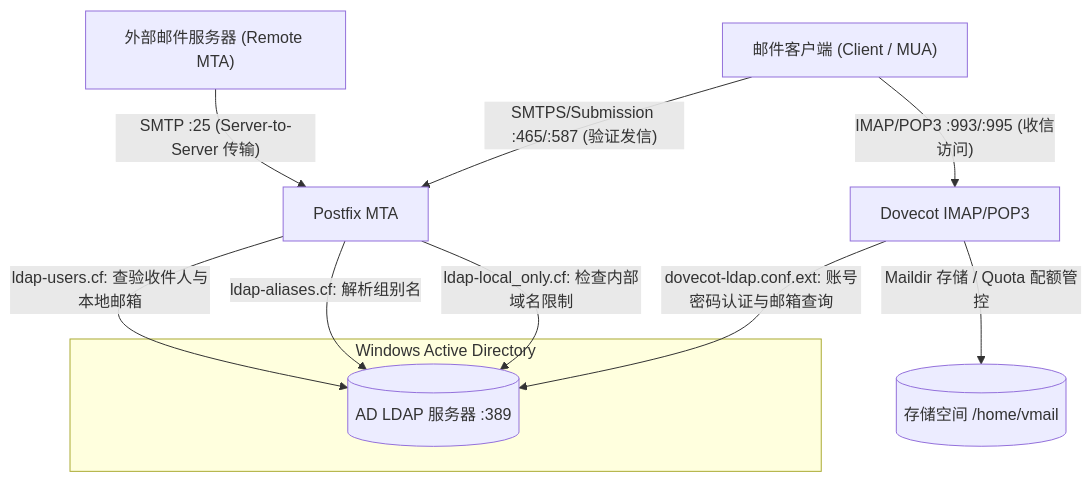
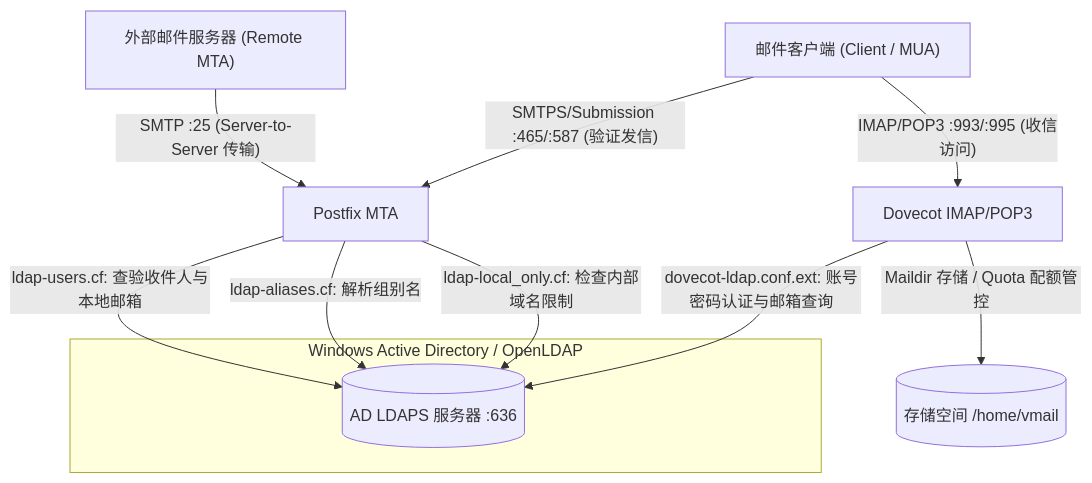
The first of 4 diagrams in ARCHITECTURE.zh-CN.md (WilliamFromTW/docker-Postfix-AD), drawn with Mermaid before and after one commit. The commit also changed other lines of this file and 16 other files, not shown here.

Commit message:
feat(ldap): upgrade all LDAP connections to LDAPS Port 636 with TLS

````diff
--- a/ARCHITECTURE.zh-CN.md
+++ b/ARCHITECTURE.zh-CN.md
@@ -21,16 +21,16 @@
 ```mermaid
 graph TD
     RemoteMTA["外部邮件服务器 (Remote MTA)"] -->|"SMTP :25 (Server-to-Server 传输)"| Postfix["Postfix MTA"]
     Client["邮件客户端 (Client / MUA)"] -->|"SMTPS/Submission :465/:587 (验证发信)"| Postfix
     Client -->|"IMAP/POP3 :993/:995 (收信访问)"| Dovecot["Dovecot IMAP/POP3"]
     
-    subgraph AD_DC ["Windows Active Directory"]
-        AD[("AD LDAP 服务器 :389")]
+    subgraph AD_DC ["Windows Active Directory / OpenLDAP"]
+        AD[("AD LDAPS 服务器 :636")]
     end
 
     Postfix -->|ldap-users.cf: 查验收件人与本地邮箱| AD
     Postfix -->|ldap-aliases.cf: 解析组别名| AD
     Postfix -->|ldap-local_only.cf: 检查内部域名限制| AD
     Dovecot -->|dovecot-ldap.conf.ext: 账号密码认证与邮箱查询| AD
     Dovecot -->|Maildir 存储 / Quota 配额管控| VMail[("存储空间 /home/vmail")]
 ```
````
